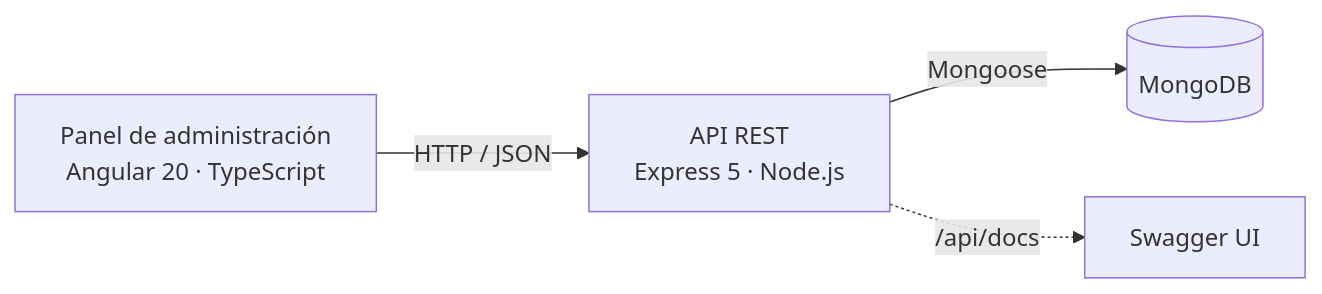
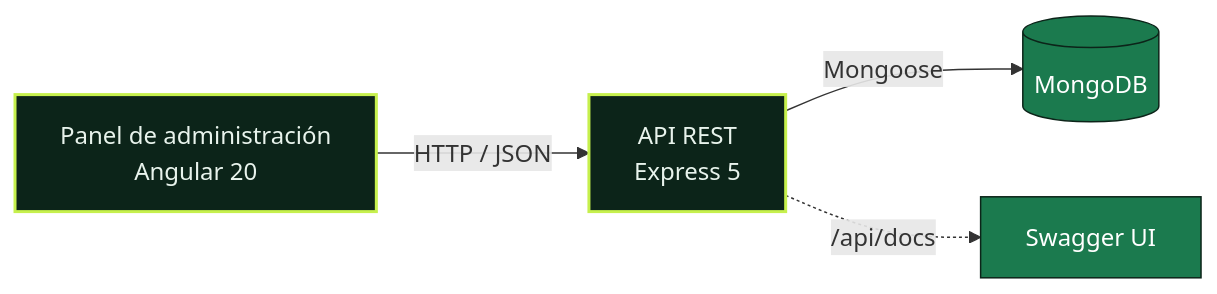
The diagram in README.md (Mauro-vs/Routly), drawn with Mermaid before and after one commit. The commit also changed other lines of this file and 15 other files, not shown here.

````diff
--- a/README.md
+++ b/README.md
@@ -61,6 +120,10 @@
 ```mermaid
 flowchart LR
-    A["Panel de administración<br/>Angular 20 · TypeScript"] -- "HTTP / JSON" --> B["API REST<br/>Express 5 · Node.js"]
+    A["Panel de administración<br/>Angular 20"] -- "HTTP / JSON" --> B["API REST<br/>Express 5"]
     B -- "Mongoose" --> C[("MongoDB")]
     B -. "/api/docs" .-> D["Swagger UI"]
+    classDef app fill:#0c2419,stroke:#c6f04d,color:#e8f3ec,stroke-width:2px
+    classDef data fill:#1b7a4e,stroke:#0c2419,color:#ffffff
+    class A,B app
+    class C,D data
 ```
````
